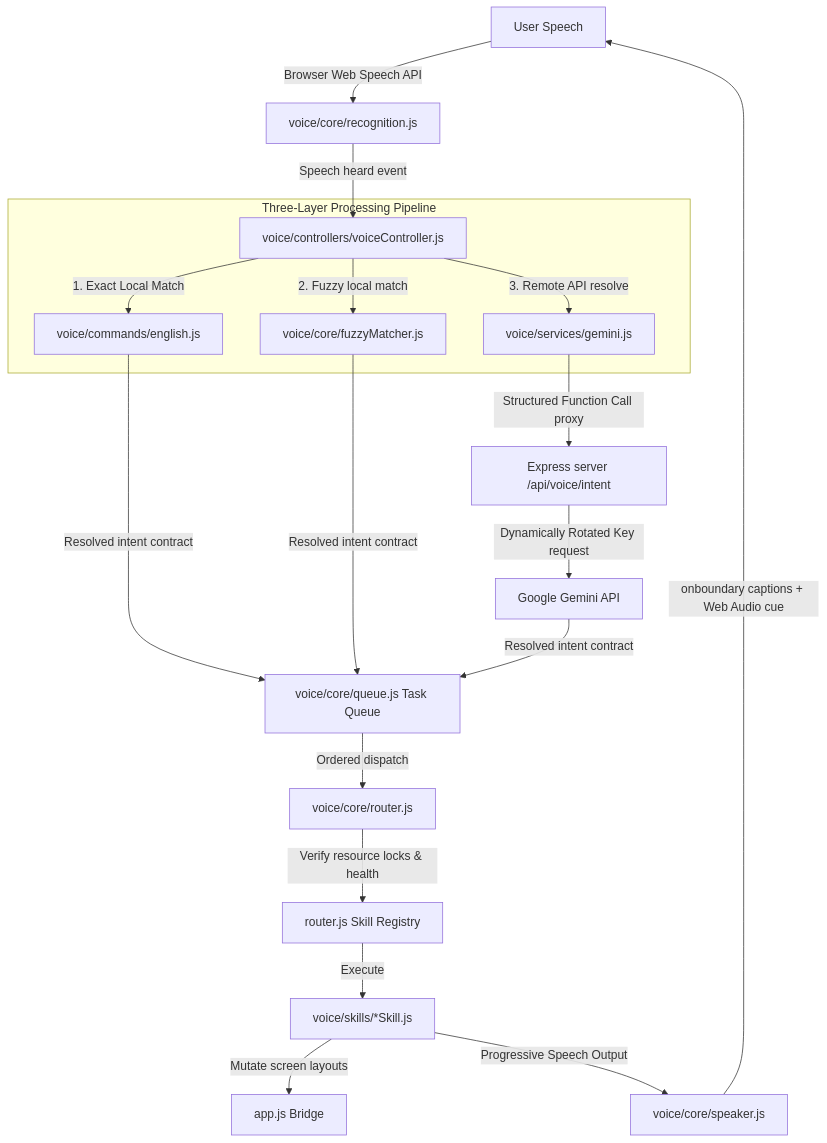
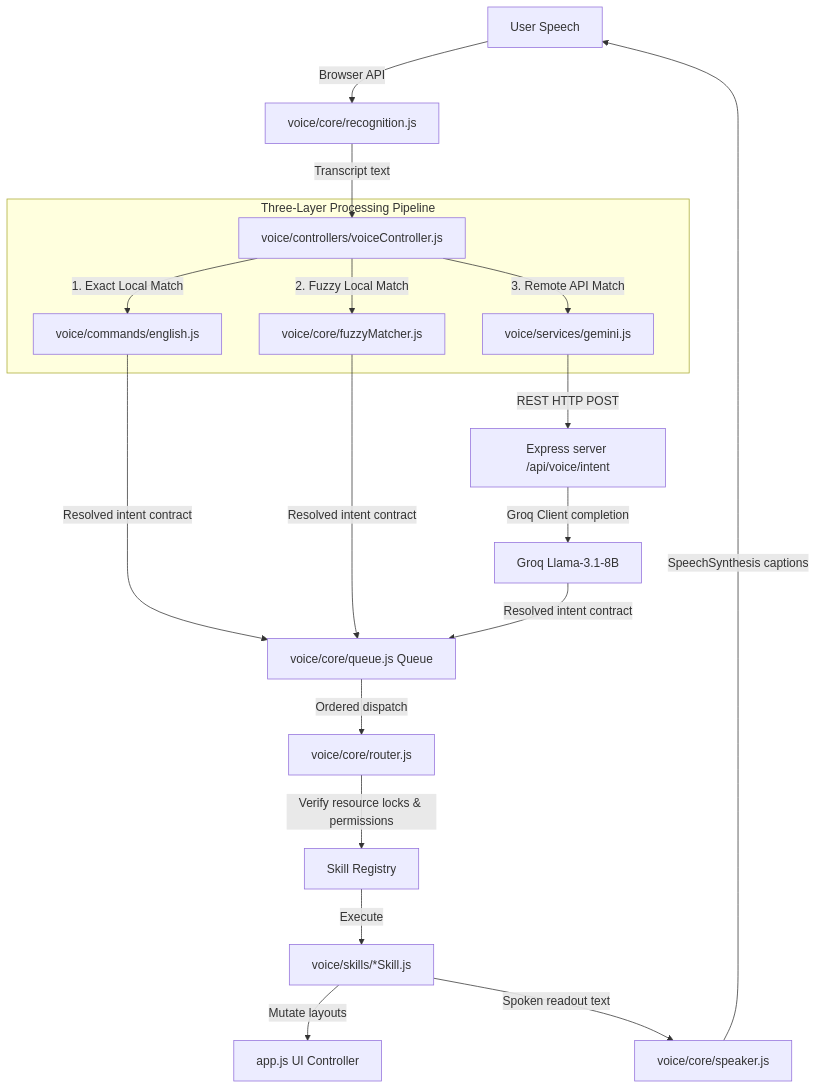
The first of 3 diagrams in README.md (kamal1064/nazar2.0), drawn with Mermaid before and after one commit. The commit also changed other lines of this file and 32 other files, not shown here.

````diff
--- a/README.md
+++ b/README.md
@@ -73,26 +48,26 @@
 ```mermaid
 graph TD
-    UserSpeech[User Speech] -->|Browser Web Speech API| Recognition[voice/core/recognition.js]
-    Recognition -->|Speech heard event| Controller[voice/controllers/voiceController.js]
+    UserSpeech[User Speech] -->|Browser API| Recognition[voice/core/recognition.js]
+    Recognition -->|Transcript text| Controller[voice/controllers/voiceController.js]
     
     subgraph IntentResolution [Three-Layer Processing Pipeline]
         Controller -->|1. Exact Local Match| Local[voice/commands/english.js]
-        Controller -->|2. Fuzzy local match| Fuzzy[voice/core/fuzzyMatcher.js]
-        Controller -->|3. Remote API resolve| GeminiService[voice/services/gemini.js]
+        Controller -->|2. Fuzzy Local Match| Fuzzy[voice/core/fuzzyMatcher.js]
+        Controller -->|3. Remote API Match| GeminiService[voice/services/gemini.js]
     end
     
-    GeminiService -->|Structured Function Call proxy| Express[Express server /api/voice/intent]
-    Express -->|Dynamically Rotated Key request| GeminiAPI[Google Gemini API]
+    GeminiService -->|REST HTTP POST| Express[Express server /api/voice/intent]
+    Express -->|Groq Client completion| GroqAPI[Groq Llama-3.1-8B]
     
-    Local -->|Resolved intent contract| Queue[voice/core/queue.js Task Queue]
+    Local -->|Resolved intent contract| Queue[voice/core/queue.js Queue]
     Fuzzy -->|Resolved intent contract| Queue
-    GeminiAPI -->|Resolved intent contract| Queue
+    GroqAPI -->|Resolved intent contract| Queue
     
     Queue -->|Ordered dispatch| Router[voice/core/router.js]
-    Router -->|Verify resource locks & health| SkillRegistry[router.js Skill Registry]
+    Router -->|Verify resource locks & permissions| SkillRegistry[Skill Registry]
     SkillRegistry -->|Execute| Skills[voice/skills/*Skill.js]
     
-    Skills -->|Mutate screen layouts| App[app.js Bridge]
-    Skills -->|Progressive Speech Output| Speaker[voice/core/speaker.js]
-    Speaker -->|onboundary captions + Web Audio cue| UserSpeech
+    Skills -->|Mutate layouts| App[app.js UI Controller]
+    Skills -->|Spoken readout text| Speaker[voice/core/speaker.js]
+    Speaker -->|SpeechSynthesis captions| UserSpeech
 ```
````
